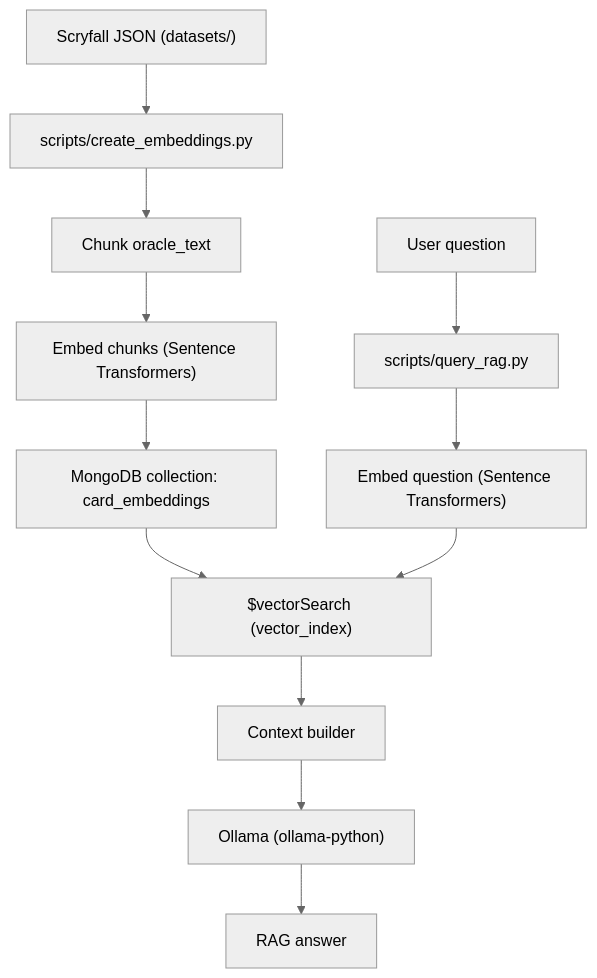
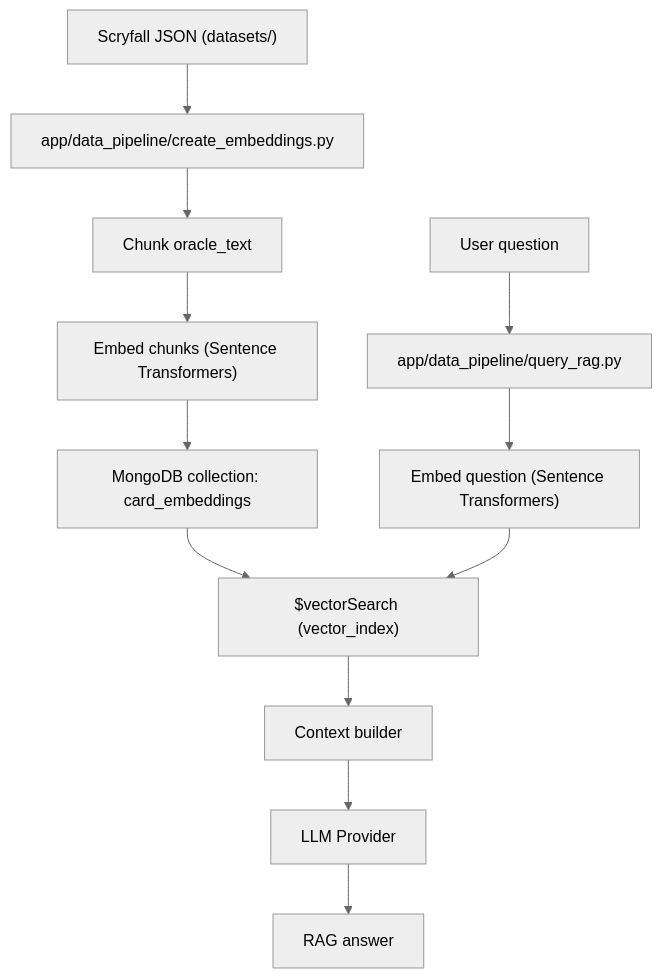
The first of 2 diagrams in docs/rag-search.md (timrodz/card-oracle-backend), drawn with Mermaid (neutral theme) before and after one commit. The commit also changed other lines of this file and 5 other files, not shown here.

````diff
--- a/docs/rag-search.md
+++ b/docs/rag-search.md
@@ -9,14 +9,14 @@
 ```mermaid
 flowchart TD
-    A["Scryfall JSON (datasets/)"] --> B["scripts/create_embeddings.py"]
+    A["Scryfall JSON (datasets/)"] --> B["app/data_pipeline/create_embeddings.py"]
     B --> C["Chunk oracle_text"]
     C --> D["Embed chunks (Sentence Transformers)"]
     D --> E["MongoDB collection: card_embeddings"]
     E --> F["$vectorSearch (vector_index)"]
-    G["User question"] --> H["scripts/query_rag.py"]
+    G["User question"] --> H["app/data_pipeline/query_rag.py"]
     H --> I["Embed question (Sentence Transformers)"]
     I --> F
     F --> J["Context builder"]
-    J --> K["Ollama (ollama-python)"]
+    J --> K["LLM Provider"]
     K --> L["RAG answer"]
 ```
````
